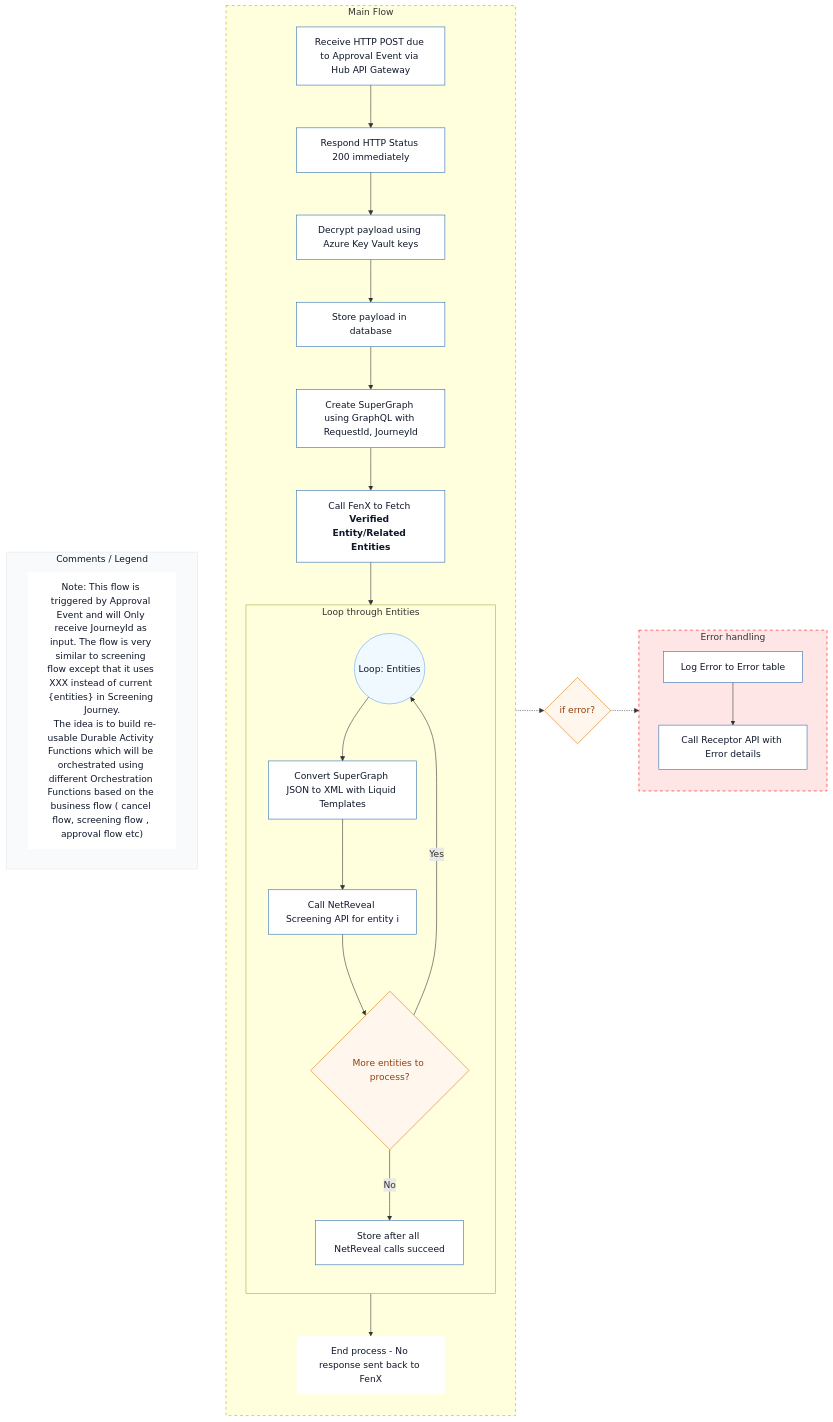
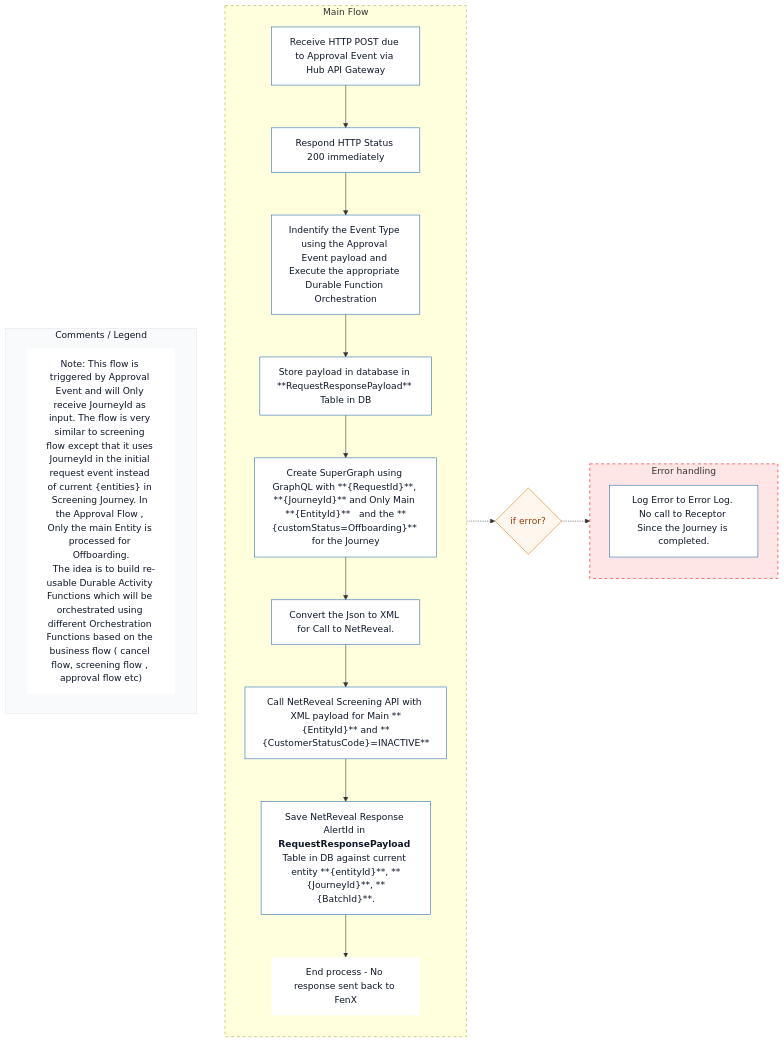
Before and after one commit to jojokoshy/Architecture_Diagrams_Python_AI: the diagram in Arch_Diagrams/v2/approvalflow.mmd, drawn with Mermaid. The commit also changed 3 other files, not shown here.

Commit message:
Update approval flow diagrams: enhance clarity in notes and main flow, and improve error handling descriptions

```diff
--- a/Arch_Diagrams/v2/approvalflow.mmd
+++ b/Arch_Diagrams/v2/approvalflow.mmd
@@ -1,54 +1,46 @@
 %%{init: {"theme":"default","themeVariables": {"background":"#ffffff","fontSize":"14"}}}%%
 flowchart LR
 subgraph Comments [Comments / Legend]
   direction LR
   style Comments fill:#f9fafb,stroke:#e5e7eb,color:#0f172a,stroke-width:1px;
-  note1["Note: This flow is triggered by Approval Event and will Only receive JourneyId as input. The flow is very similar to screening flow except that it uses XXX instead of current {entities} in Screening Journey.
+  note1["Note: This flow is triggered by Approval Event and will Only receive JourneyId as input. The flow is very similar to screening flow except that it uses JourneyId in the initial request event instead of current {entities} in Screening Journey. In the Approval Flow , Only the main Entity is processed for Offboarding.
   The idea is to build re-usable Durable Activity Functions which will be orchestrated using different Orchestration Functions based on the business flow ( cancel flow, screening flow , approval flow etc)"]:::footer
 end
 
 %% Shared styles (matching AlertsFlow)
 classDef step fill:#ffffff,stroke:#2b6cb0,color:#0f172a,stroke-width:1px;
 classDef decision fill:#fff7ed,stroke:#d97706,color:#92400e,stroke-width:1px;
 classDef loop fill:#f0f9ff,stroke:#60a5fa,color:#0f172a,stroke-width:1px;
 classDef footer fill:#ffffff,stroke:none,color:#0f172a;
 subgraph MainFlow [Main Flow]
    direction TB
   A[Receive HTTP POST due to Approval Event via Hub API Gateway]:::step --> B[Respond HTTP Status 200 immediately]:::step
-  B --> C[Decrypt payload using Azure Key Vault keys]:::step
-  C --> D[Store payload in database]:::step
-  D --> E[Create SuperGraph using GraphQL with RequestId, JourneyId]:::step
-  E --> FenX[Call FenX to Fetch <b>Verified Entity/Related Entities</b> ]:::step
-  FenX --> LoopStart((Loop: Entities)):::loop
+  B --> B0["Indentify the Event Type using the Approval Event payload and Execute the appropriate Durable Function Orchestration"]:::step
+  B0 --> D["Store payload in database in **RequestResponsePayload** Table in DB"]:::step
+  D --> E["Create SuperGraph using GraphQL with **{RequestId}**, **{JourneyId}** and Only Main **{EntityId}**   and the **{customStatus=Offboarding}** for the Journey"]:::step
 
-  subgraph EntitiesLoop [Loop through Entities]
-    direction TB
-    LoopStart --> XMLConvert[Convert SuperGraph JSON to XML with Liquid Templates]:::step
-    XMLConvert --> N[Call NetReveal Screening API for entity i]:::step
-    N --> Q{More entities to process?}:::decision
-    Q -- Yes --> LoopStart
-    Q -- No --> O[Store after all NetReveal calls succeed]:::step
-  end
-
-  O --> P[End process - No response sent back to FenX]:::footer
+  E --> ConvertToXML["Convert the Json to XML for Call to NetReveal."]:::step
+  ConvertToXML --> CallNetReveal["Call NetReveal Screening API with XML payload for Main **{EntityId}** and **{CustomerStatusCode}=INACTIVE** "]:::step
+  CallNetReveal --> SaveNetRevealResponse["Save NetReveal Response AlertId in <b>RequestResponsePayload</b> Table in DB against current entity **{entityId}**, **{JourneyId}**, **{BatchId}**. "]:::step
+  
+  SaveNetRevealResponse --> P[End process - No response sent back to FenX]:::footer
 end
 
 style MainFlow stroke-dasharray: 5 5
 
 %% Decision between main and error blocks
 IfError{if error?}:::decision
 
 %% Error handling block to the right
 subgraph ErrorHandler [Error handling]
   direction TB
-  EH1[Log Error to Error table]:::step
-  EH2[Call Receptor API with Error details]:::step
-  EH1 --> EH2
+  EH1[Log Error to Error Log. No call to Receptor Since the Journey is completed.]:::step
+  
 end
 
 style ErrorHandler fill:#ffe6e6,stroke:#ff0000,stroke-dasharray: 5 5
 
 %% Connections: only between blocks (not individual nodes)
 Comments ~~~MainFlow
 MainFlow -.-> IfError
 IfError -.-> ErrorHandler
```
